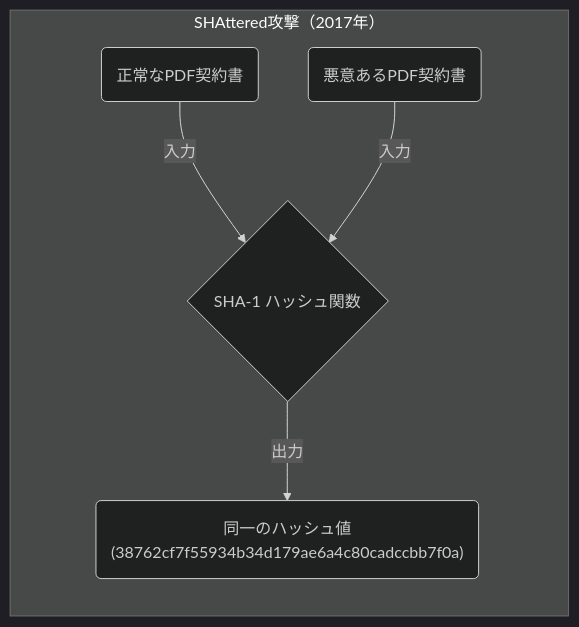
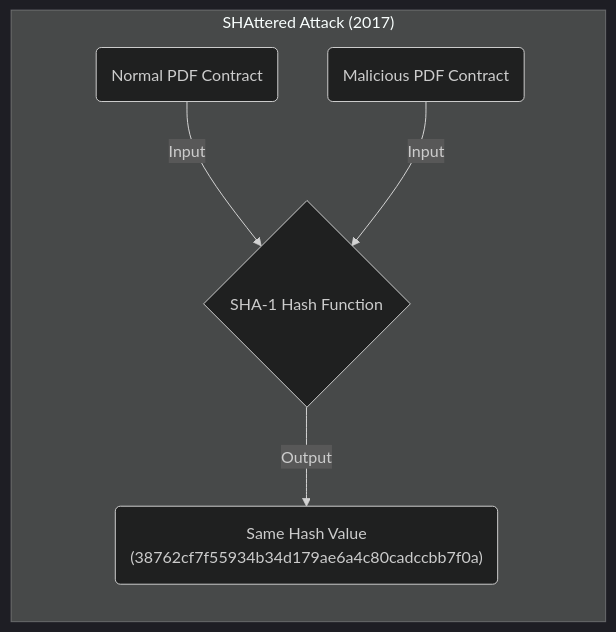
The second of 3 diagrams in content/post/pigeonhole-principle-hash-collision/index.en.md (kenjinote/blog), drawn with Mermaid (dark theme) before and after one commit. The commit also changed other lines of this file and 28 other files, not shown here.

Commit message:
Translate Japanese text inside Mermaid diagrams to respective languages

````diff
--- a/content/post/pigeonhole-principle-hash-collision/index.en.md
+++ b/content/post/pigeonhole-principle-hash-collision/index.en.md
@@ -149,13 +149,13 @@
 ```mermaid
 graph LR
-    subgraph "SHAttered攻撃（2017年）"
-        F1("正常なPDF契約書")
-        F2("悪意あるPDF契約書")
-        H{"SHA-1 ハッシュ関数"}
-        V("同一のハッシュ値\n(38762cf7f55934b34d179ae6a4c80cadccbb7f0a)")
+    subgraph "SHAttered Attack (2017)"
+        F1("Normal PDF Contract")
+        F2("Malicious PDF Contract")
+        H{"SHA-1 Hash Function"}
+        V("Same Hash Value\n(38762cf7f55934b34d179ae6a4c80cadccbb7f0a)")
     end
 
-    F1 -->|"入力"| H
-    F2 -->|"入力"| H
-    H -->|"出力"| V
+    F1 -->|"Input"| H
+    F2 -->|"Input"| H
+    H -->|"Output"| V
 ```
````
